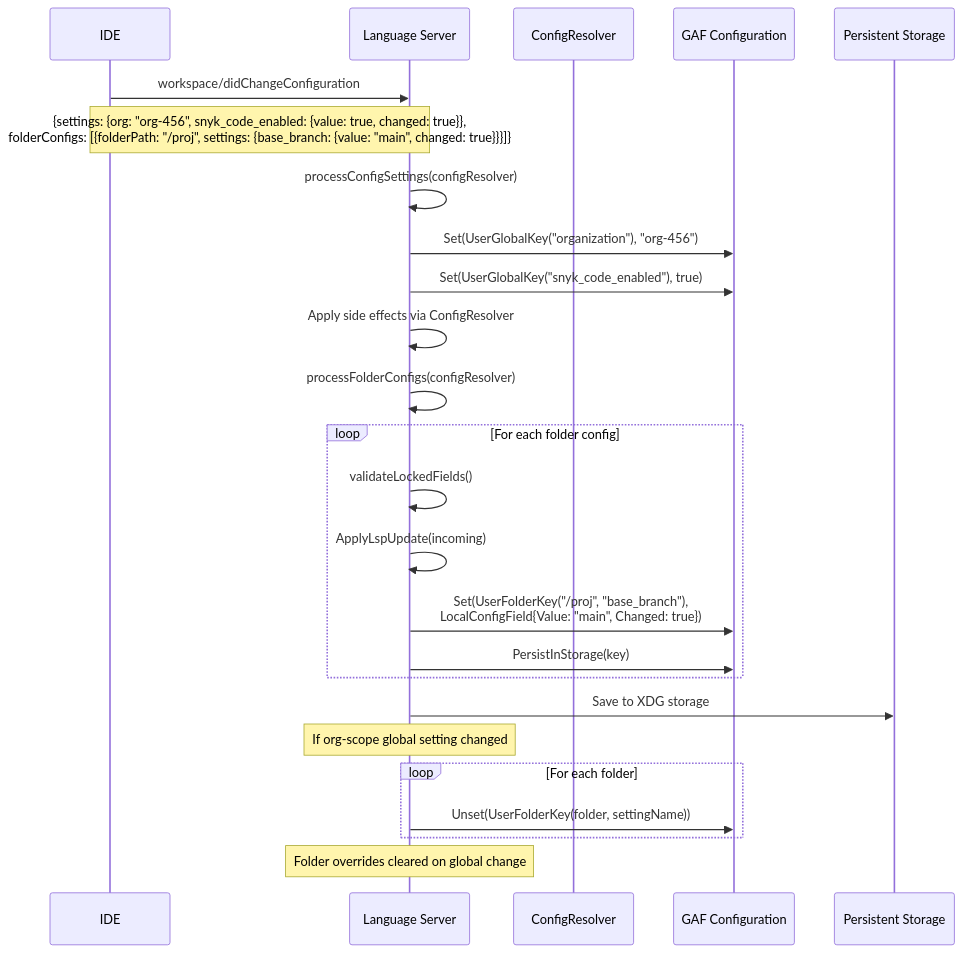
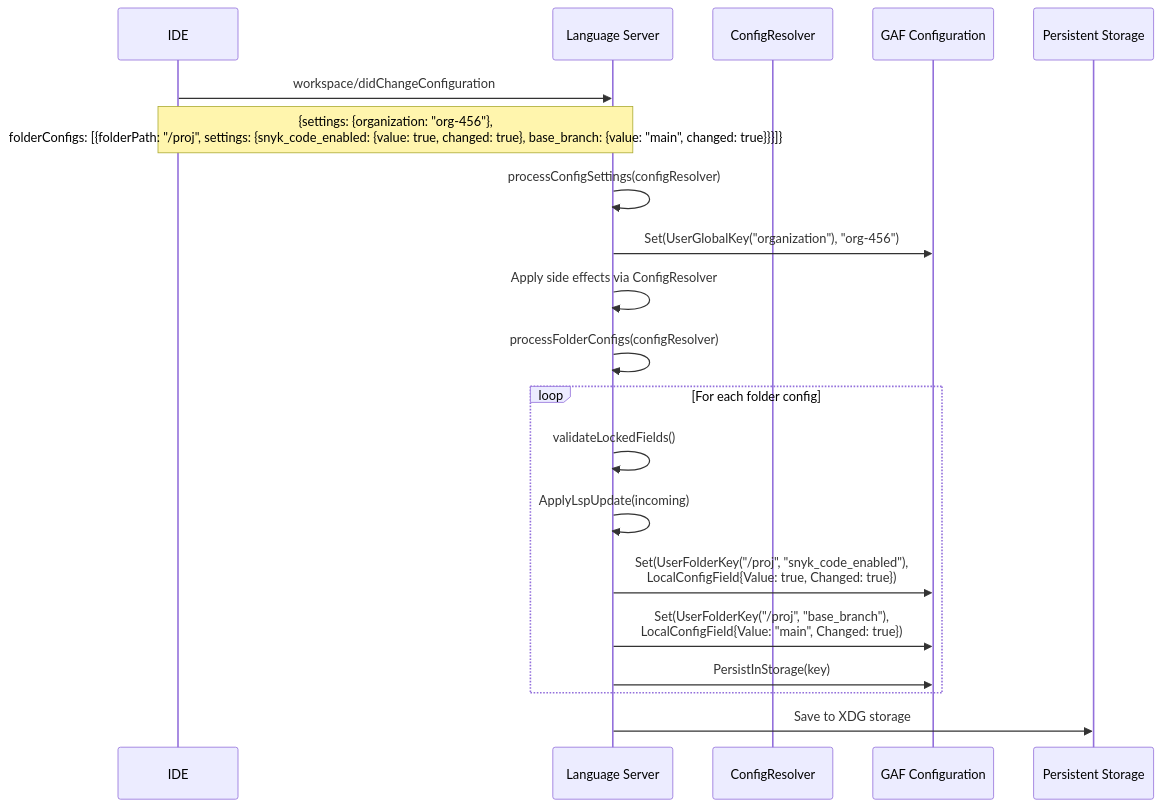
One commit to snyk/snyk-ls changed the seventh of 9 diagrams in docs/configuration.md. Above: the diagram before and after it, drawn with Mermaid. The commit also changed other lines of this file and 4 other files, not shown here.

````diff
--- a/docs/configuration.md
+++ b/docs/configuration.md
@@ -402,32 +405,26 @@
 ```mermaid
 sequenceDiagram
     participant IDE
     participant LS as Language Server
     participant CR as ConfigResolver
     participant Conf as GAF Configuration
     participant Store as Persistent Storage
 
     IDE->>LS: workspace/didChangeConfiguration
-    Note over IDE,LS: {settings: {org: "org-456", snyk_code_enabled: {value: true, changed: true}},<br/>folderConfigs: [{folderPath: "/proj", settings: {base_branch: {value: "main", changed: true}}}]}
+    Note over IDE,LS: {settings: {organization: "org-456"},<br/>folderConfigs: [{folderPath: "/proj", settings: {snyk_code_enabled: {value: true, changed: true}, base_branch: {value: "main", changed: true}}}]}
 
     LS->>LS: processConfigSettings(configResolver)
     LS->>Conf: Set(UserGlobalKey("organization"), "org-456")
-    LS->>Conf: Set(UserGlobalKey("snyk_code_enabled"), true)
     LS->>LS: Apply side effects via ConfigResolver
 
     LS->>LS: processFolderConfigs(configResolver)
     loop For each folder config
         LS->>LS: validateLockedFields()
         LS->>LS: ApplyLspUpdate(incoming)
+        LS->>Conf: Set(UserFolderKey("/proj", "snyk_code_enabled"),<br/>LocalConfigField{Value: true, Changed: true})
         LS->>Conf: Set(UserFolderKey("/proj", "base_branch"),<br/>LocalConfigField{Value: "main", Changed: true})
         LS->>Conf: PersistInStorage(key)
     end
 
     LS->>Store: Save to XDG storage
-
-    Note over LS: If org-scope global setting changed
-    loop For each folder
-        LS->>Conf: Unset(UserFolderKey(folder, settingName))
-    end
-    Note over LS: Folder overrides cleared on global change
 ```
````
